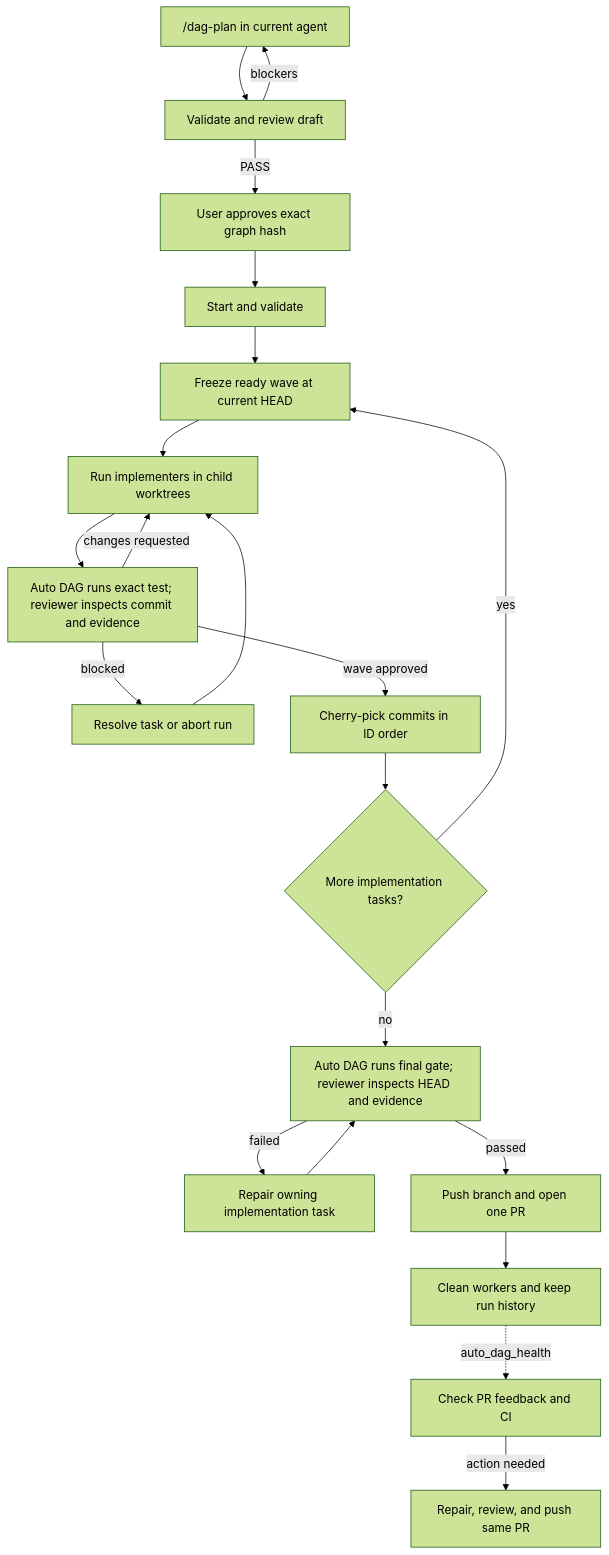
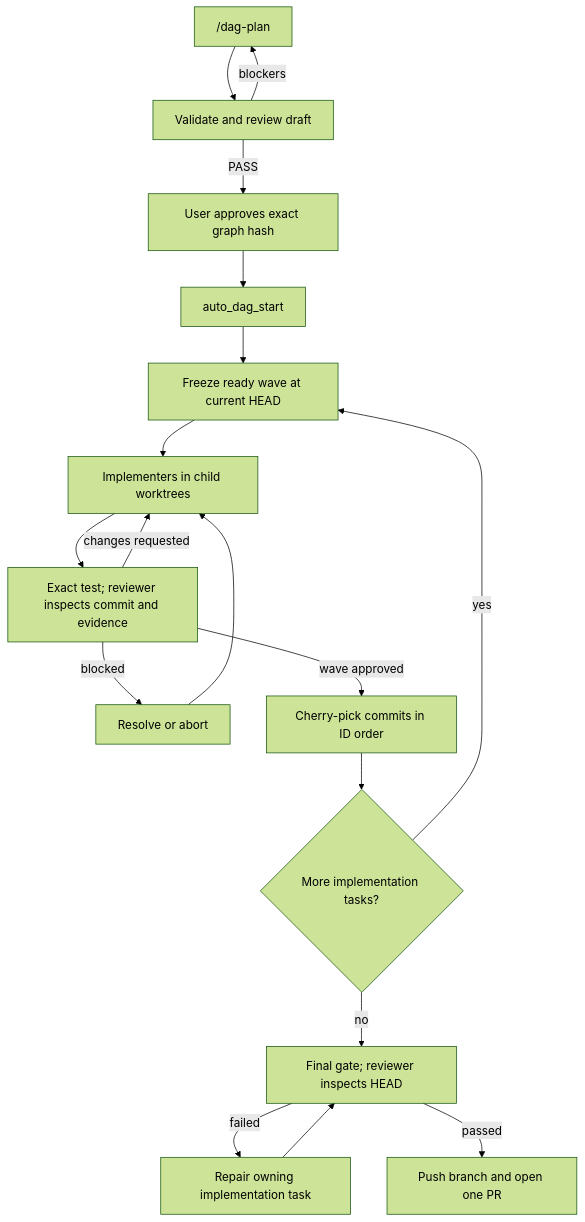
The diagram in packages/pi-auto-dag/README.md (HenryQW/pi-harness), drawn with Mermaid (forest theme) before and after one commit. The commit also changed other lines of this file and 23 other files, not shown here.

````diff
--- a/packages/pi-auto-dag/README.md
+++ b/packages/pi-auto-dag/README.md
@@ -138,23 +121,20 @@
 ```mermaid
 flowchart TD
-    P["/dag-plan in current agent"] --> R["Validate and review draft"]
+    P["/dag-plan"] --> R["Validate and review draft"]
     R -->|blockers| P
     R -->|PASS| A["User approves exact graph hash"]
-    A --> B["Start and validate"]
+    A --> B["auto_dag_start"]
     B --> C["Freeze ready wave at current HEAD"]
-    C --> D["Run implementers in child worktrees"]
-    D --> E["Auto DAG runs exact test; reviewer inspects commit and evidence"]
+    C --> D["Implementers in child worktrees"]
+    D --> E["Exact test; reviewer inspects commit and evidence"]
     E -->|changes requested| D
-    E -->|blocked| X["Resolve task or abort run"]
+    E -->|blocked| X["Resolve or abort"]
     X --> D
     E -->|wave approved| F["Cherry-pick commits in ID order"]
     F --> G{"More implementation tasks?"}
     G -->|yes| C
-    G -->|no| H["Auto DAG runs final gate; reviewer inspects HEAD and evidence"]
+    G -->|no| H["Final gate; reviewer inspects HEAD"]
     H -->|failed| I["Repair owning implementation task"]
     I --> H
     H -->|passed| J["Push branch and open one PR"]
-    J --> K["Clean workers and keep run history"]
-    K -. auto_dag_health .-> L["Check PR feedback and CI"]
-    L -->|action needed| M["Repair, review, and push same PR"]
 ```
````
